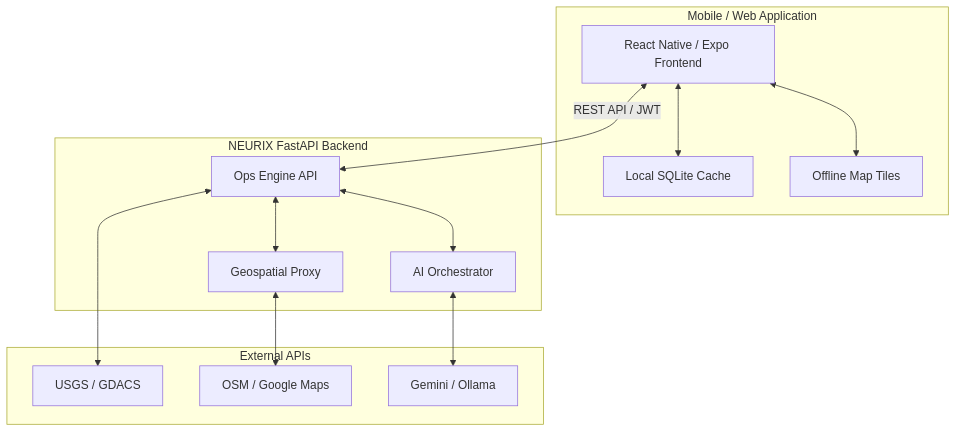
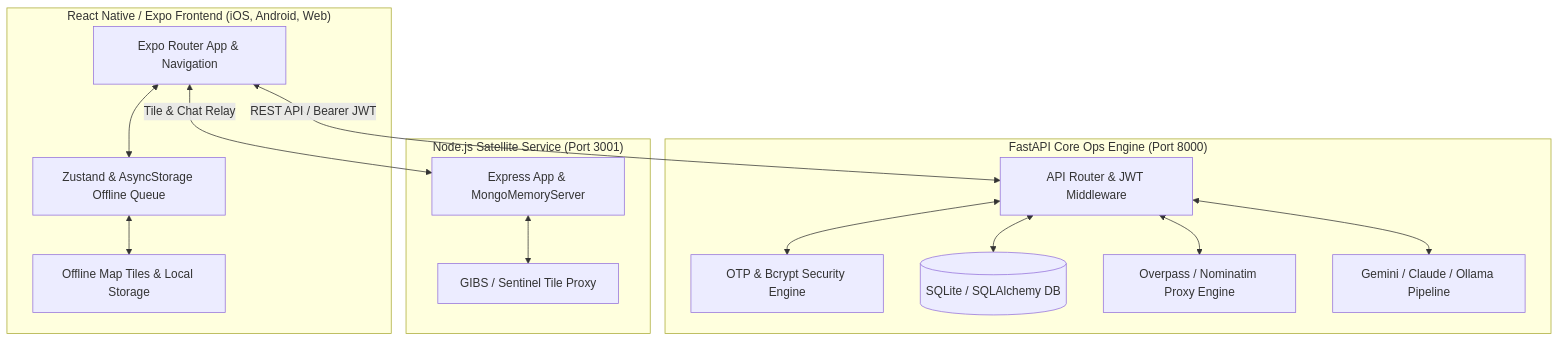
The diagram in README.md (404RUPSAfound/NEURIX), drawn with Mermaid before and after one commit. The commit also changed other lines of this file and 1 other file, not shown here.

Commit message:
docs: update system architecture, setup guide, and feature status

````diff
--- a/README.md
+++ b/README.md
@@ -33,29 +50,31 @@
 ```mermaid
 graph TD
-    subgraph Client [Mobile / Web Application]
-        A[React Native / Expo Frontend]
-        B[Local SQLite Cache]
-        C[Offline Map Tiles]
-        A <--> B
-        A <--> C
+    subgraph Client ["React Native / Expo Frontend (iOS, Android, Web)"]
+        UI[Expo Router App & Navigation]
+        Store[Zustand & AsyncStorage Offline Queue]
+        Cache[Offline Map Tiles & Local Storage]
+        UI <--> Store
+        Store <--> Cache
     end
 
-    subgraph Server [NEURIX FastAPI Backend]
-        D[Ops Engine API]
-        E[Geospatial Proxy]
-        F[AI Orchestrator]
-        D <--> E
-        D <--> F
+    subgraph FastAPI_Backend ["FastAPI Core Ops Engine (Port 8000)"]
+        API[API Router & JWT Middleware]
+        Auth[OTP & Bcrypt Security Engine]
+        DB[(SQLite / SQLAlchemy DB)]
+        Proxy[Overpass / Nominatim Proxy Engine]
+        AI[Gemini / Claude / Ollama Pipeline]
+        API <--> Auth
+        API <--> DB
+        API <--> Proxy
+        API <--> AI
     end
 
-    subgraph Data Sources [External APIs]
-        G[USGS / GDACS]
-        H[OSM / Google Maps]
-        I[Gemini / Ollama]
+    subgraph Satellite_Service ["Node.js Satellite Service (Port 3001)"]
+        SatApp[Express App & MongoMemoryServer]
+        Tiles[GIBS / Sentinel Tile Proxy]
+        SatApp <--> Tiles
     end
 
-    A <-->|REST API / JWT| D
-    E <--> H
-    F <--> I
-    D <--> G
+    UI <-->|REST API / Bearer JWT| API
+    UI <-->|Tile & Chat Relay| SatApp
 ```
````
